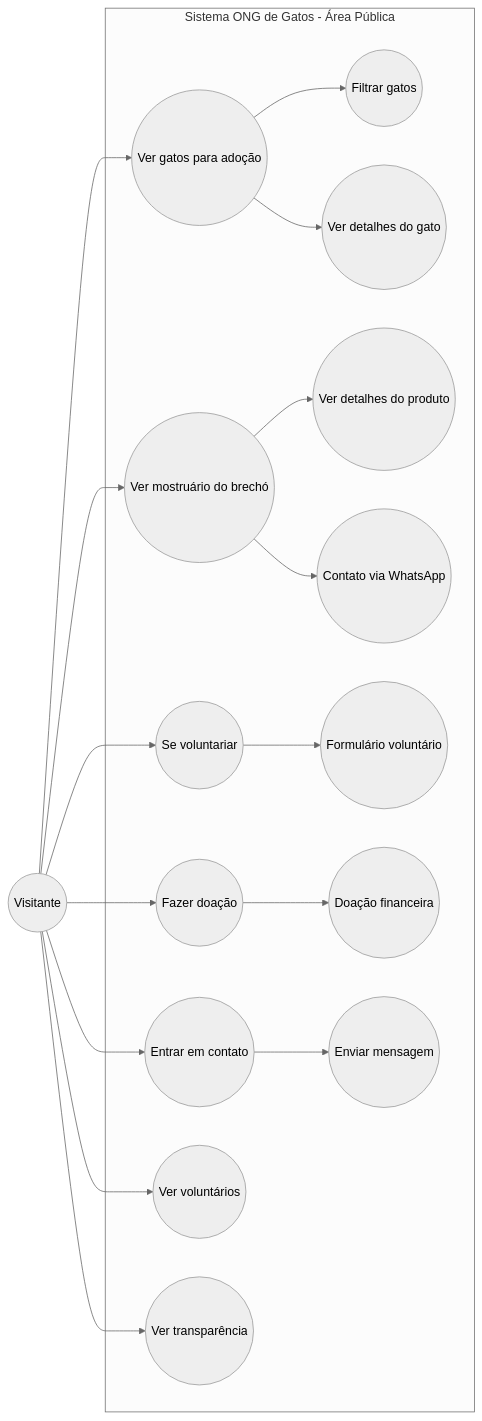
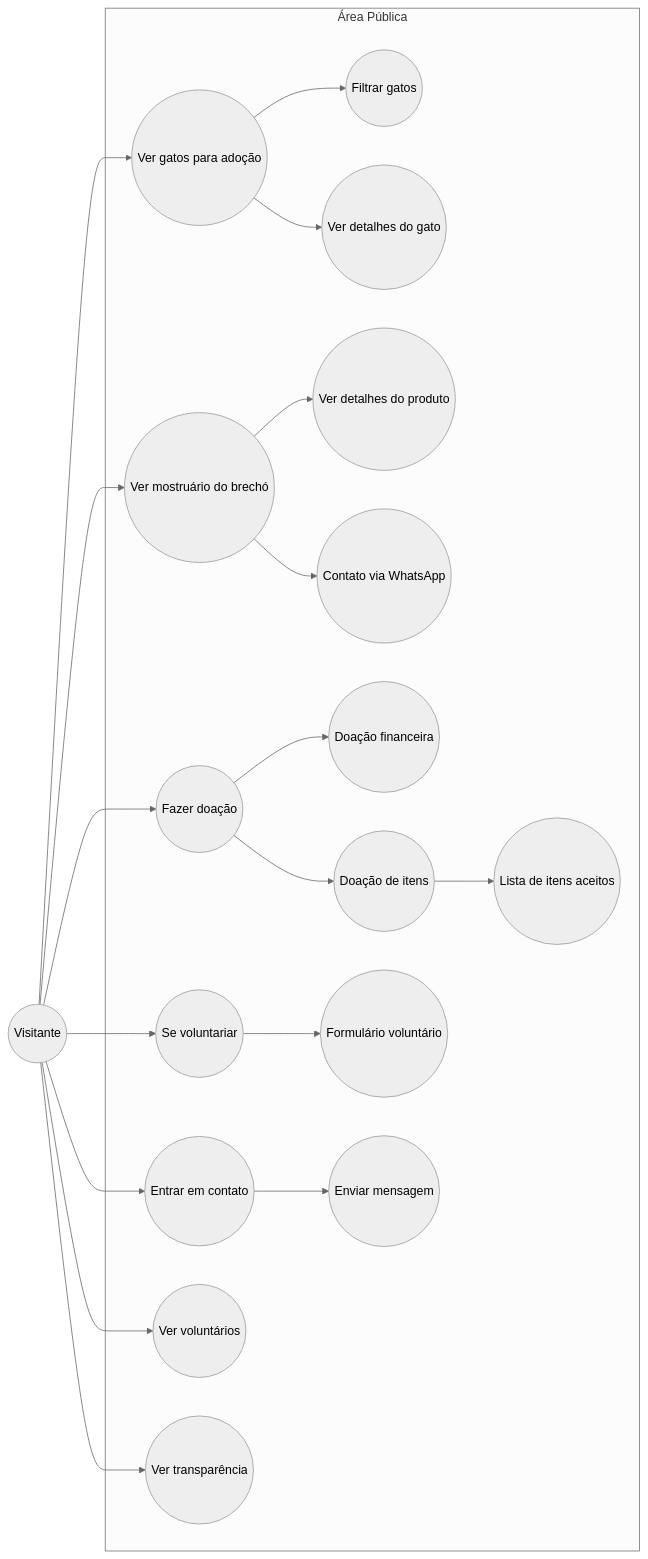
The first of 3 diagrams in README.md (ligiaoliveira/Casa-dos-Gatos), drawn with Mermaid (neutral theme) before and after one commit. The commit also changed other lines of this file, not shown here.

````diff
--- a/README.md
+++ b/README.md
@@ -92,38 +92,42 @@
 ```mermaid
 flowchart LR
     Visitante((Visitante))
 
-    subgraph Sistema ONG de Gatos - Área Pública
+    subgraph Área Pública
         UC1((Ver gatos para adoção))
         UC2((Ver mostruário do brechó))
         UC3((Fazer doação))
         UC4((Se voluntariar))
         UC5((Entrar em contato))
         UC6((Ver voluntários))
         UC7((Ver transparência))
 
         UC8((Filtrar gatos))
         UC9((Ver detalhes do gato))
         UC10((Ver detalhes do produto))
         UC11((Contato via WhatsApp))
         UC12((Formulário voluntário))
         UC13((Doação financeira))
         UC14((Enviar mensagem))
+        UC15((Doação de itens))
+        UC16((Lista de itens aceitos))
     end
 
     Visitante --> UC1
     Visitante --> UC2
     Visitante --> UC3
     Visitante --> UC4
     Visitante --> UC5
     Visitante --> UC6
     Visitante --> UC7
 
     UC1 --> UC8
     UC1 --> UC9
     UC2 --> UC10
     UC2 --> UC11
     UC3 --> UC13
+    UC3 --> UC15
     UC4 --> UC12
     UC5 --> UC14
+    UC15 --> UC16
 ```
````
